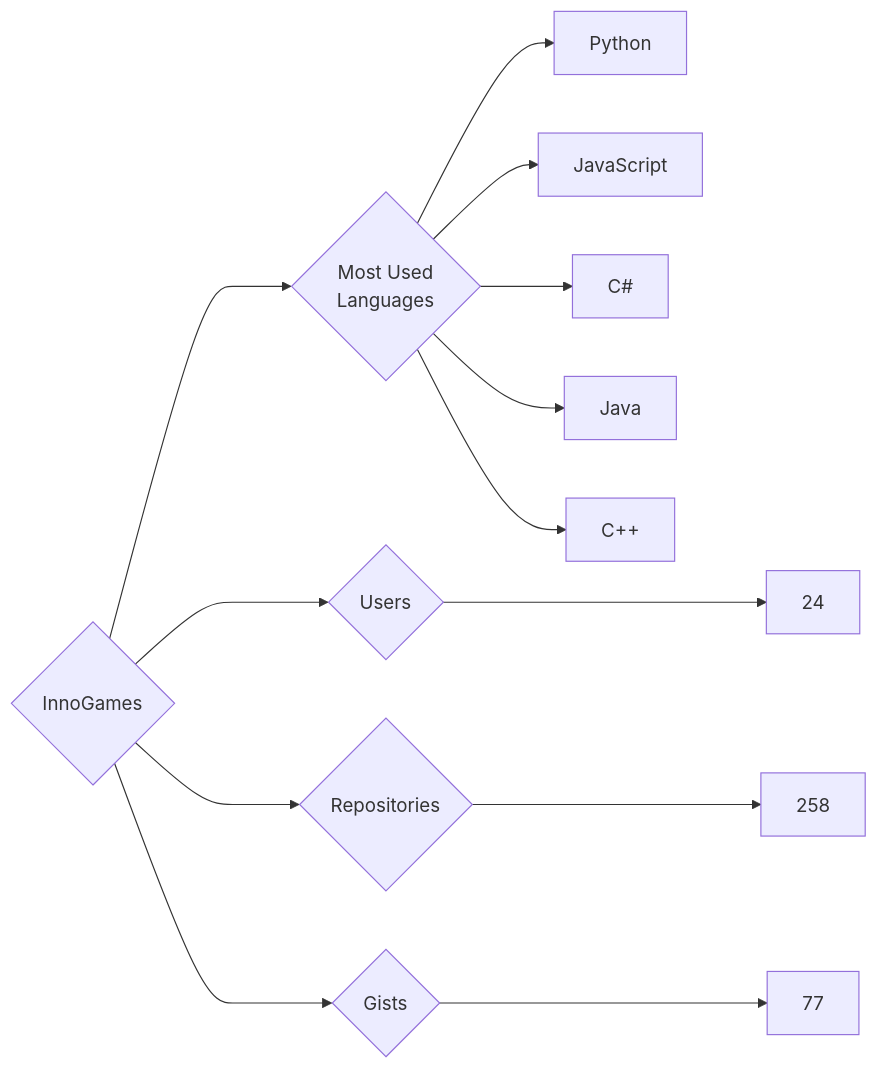
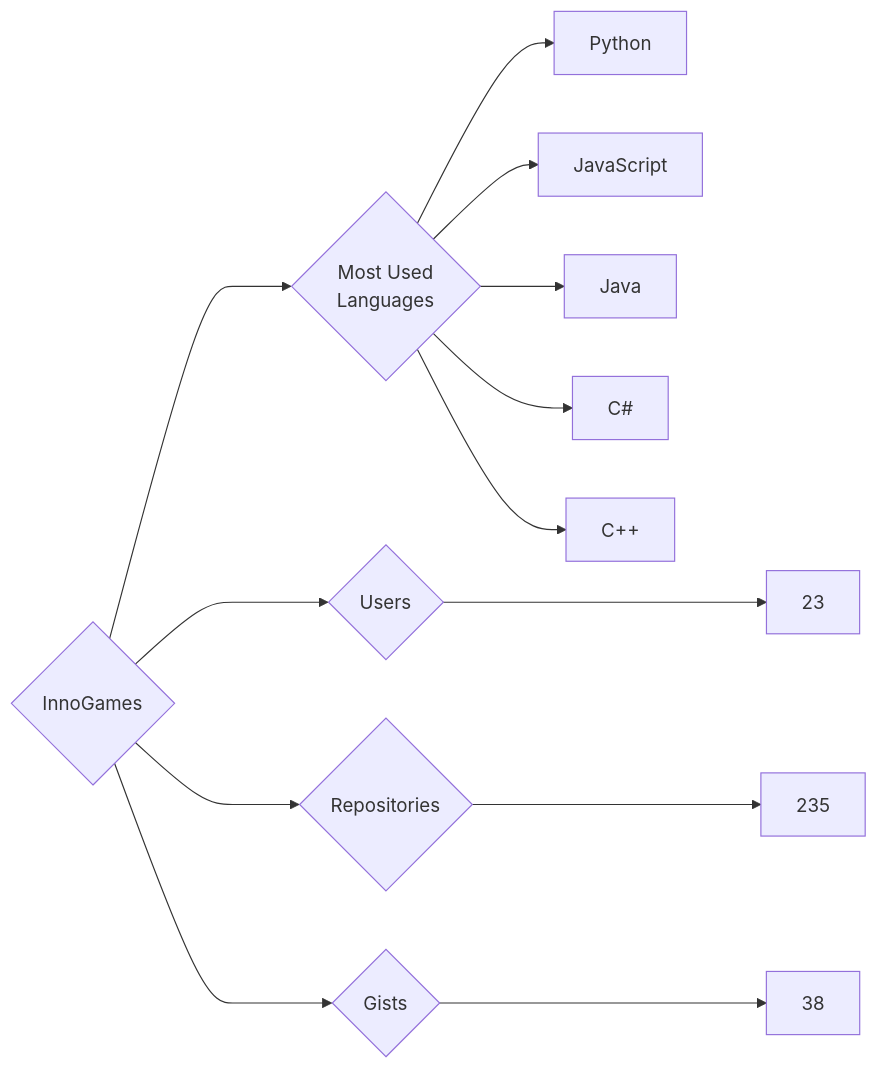
Before and after one commit to trickest/insiders: the diagram in targets/InnoGames/README.md, drawn with Mermaid. The commit also changed 935 other files, not shown here.

````diff
--- a/targets/InnoGames/README.md
+++ b/targets/InnoGames/README.md
@@ -3,13 +3,13 @@
 ```mermaid
 graph LR
 COMPANY_NAME{InnoGames}
-COMPANY_NAME ---> U{Users} ---> UN[24]
-COMPANY_NAME ---> R{Repositories} ---> RN[258]
-COMPANY_NAME ---> G{Gists} ---> GN[77]
+COMPANY_NAME ---> U{Users} ---> UN[23]
+COMPANY_NAME ---> R{Repositories} ---> RN[235]
+COMPANY_NAME ---> G{Gists} ---> GN[38]
 COMPANY_NAME ---> ML{Most Used<br>Languages}
 ML --> Python[Python]
 ML --> JavaScript[JavaScript]
+ML --> Java[Java]
 ML --> C#[C#]
-ML --> Java[Java]
 ML --> C++[C++]
 ```
````
